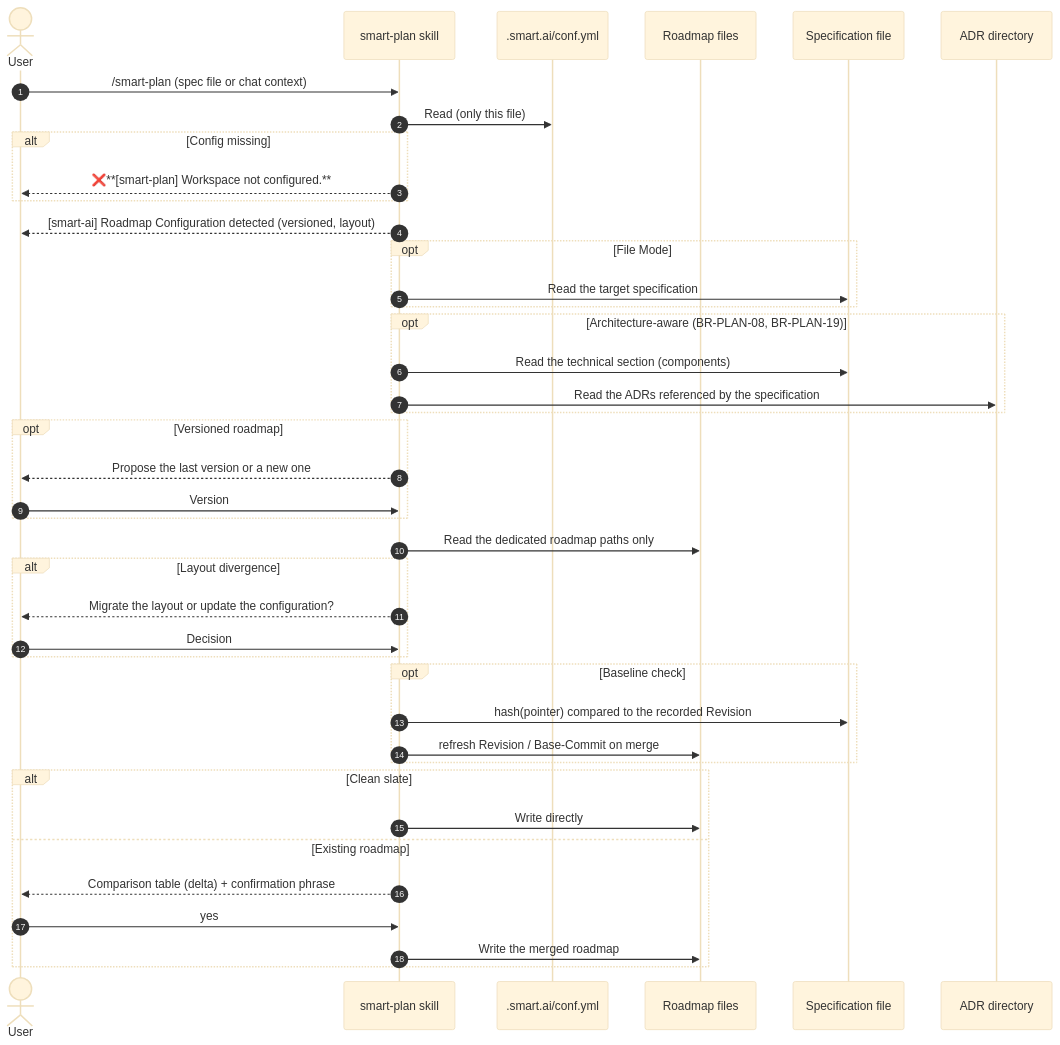
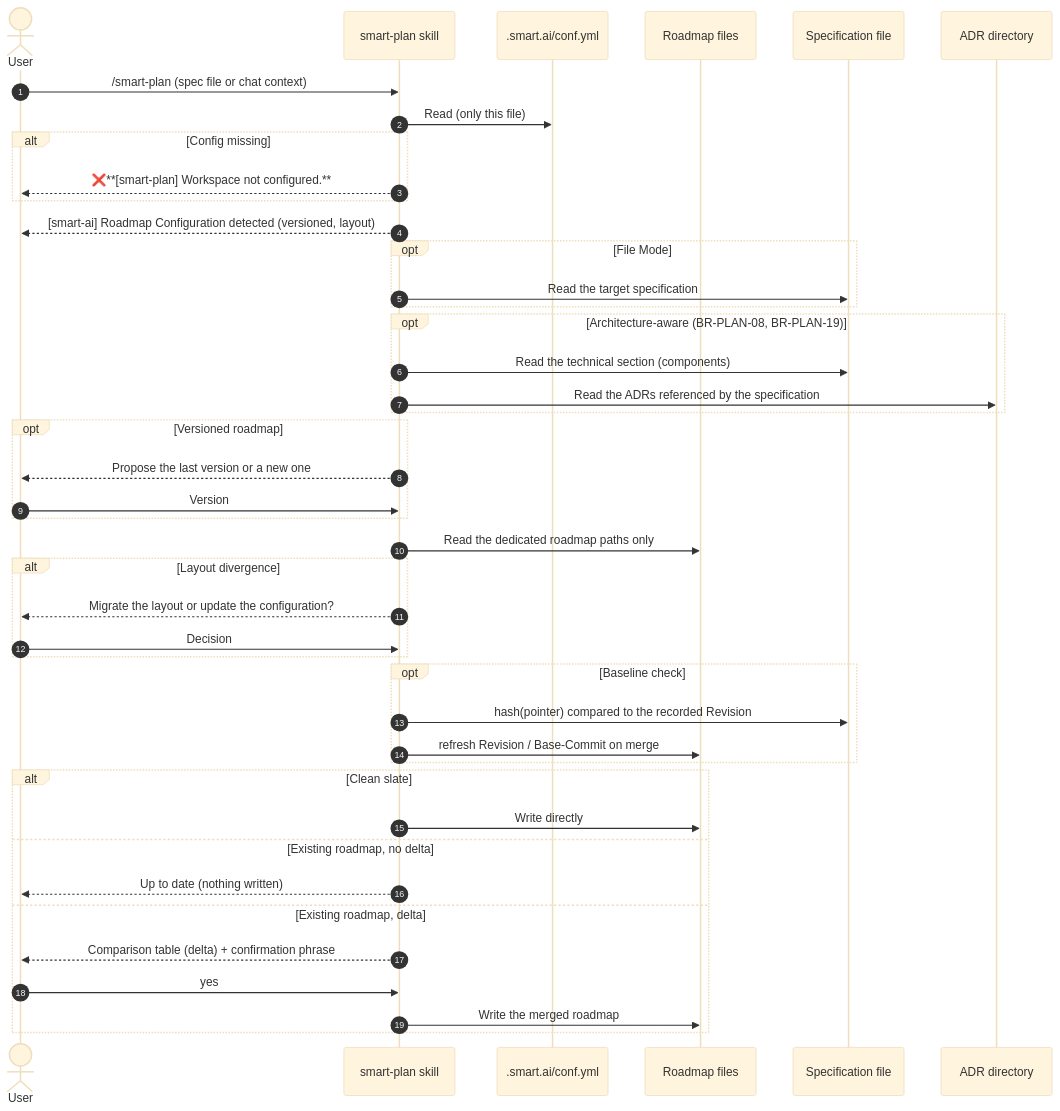
One commit to fletort/smart-ai-factory changed the third of 3 diagrams in docs/specs/smart-plan.md. Above: the diagram before and after it, drawn with Mermaid (base theme). The commit also changed other lines of this file and 2 other files, not shown here.

````diff
--- a/docs/specs/smart-plan.md
+++ b/docs/specs/smart-plan.md
@@ -300,44 +337,46 @@
   ```mermaid
   sequenceDiagram
       autonumber
       actor User
       participant Skill as smart-plan skill
       participant Cfg as .smart.ai/conf.yml
       participant FS as Roadmap files
       participant Spec as Specification file
       participant Adr as ADR directory
 
       User->>Skill: /smart-plan (spec file or chat context)
       Skill->>Cfg: Read (only this file)
       alt Config missing
           Skill-->>User: ❌**[smart-plan] Workspace not configured.**
       end
       Skill-->>User: [smart-ai] Roadmap Configuration detected (versioned, layout)
       opt File Mode
           Skill->>Spec: Read the target specification
       end
       opt Architecture-aware (BR-PLAN-08, BR-PLAN-19)
           Skill->>Spec: Read the technical section (components)
           Skill->>Adr: Read the ADRs referenced by the specification
       end
       opt Versioned roadmap
           Skill-->>User: Propose the last version or a new one
           User->>Skill: Version
       end
       Skill->>FS: Read the dedicated roadmap paths only
       alt Layout divergence
           Skill-->>User: Migrate the layout or update the configuration?
           User->>Skill: Decision
       end
       opt Baseline check
           Skill->>Spec: hash(pointer) compared to the recorded Revision
           Skill->>FS: refresh Revision / Base-Commit on merge
       end
       alt Clean slate
           Skill->>FS: Write directly
-      else Existing roadmap
+      else Existing roadmap, no delta
+          Skill-->>User: Up to date (nothing written)
+      else Existing roadmap, delta
           Skill-->>User: Comparison table (delta) + confirmation phrase
           User->>Skill: yes
           Skill->>FS: Write the merged roadmap
       end
   ```
````
